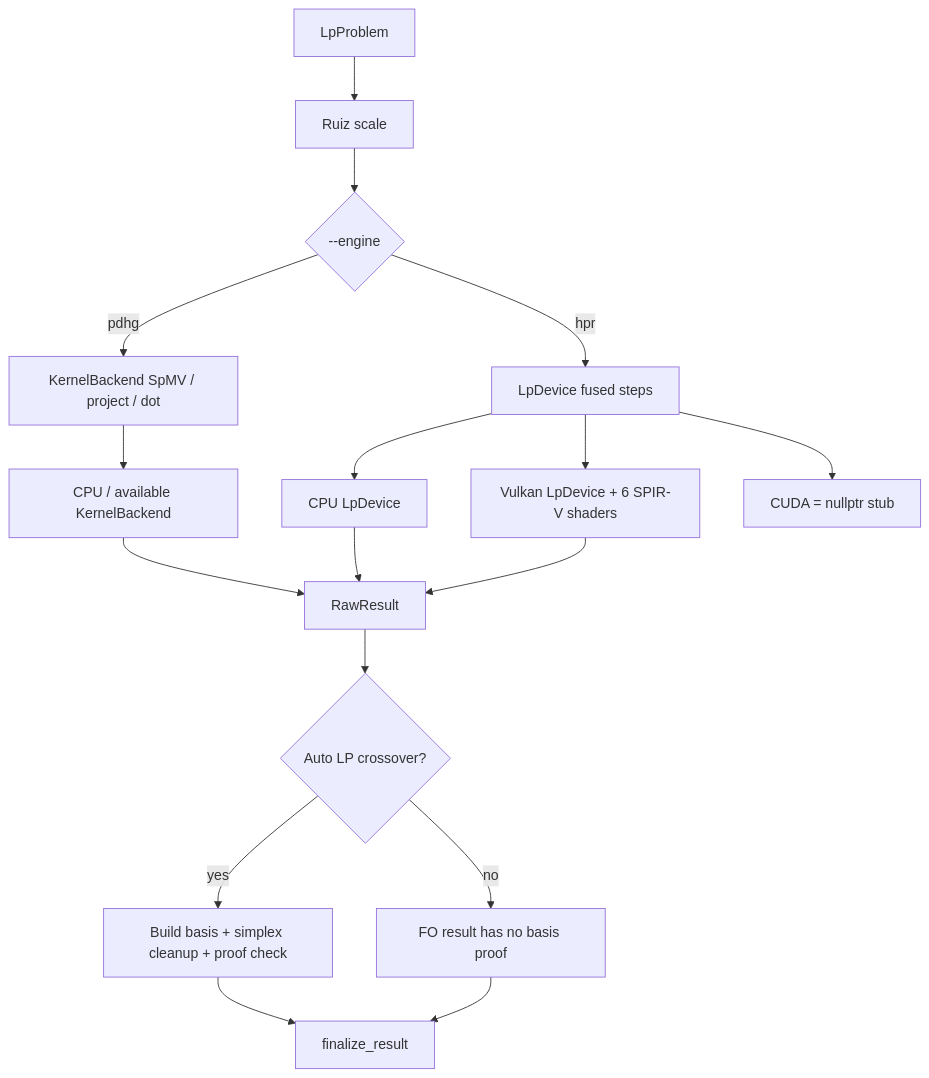
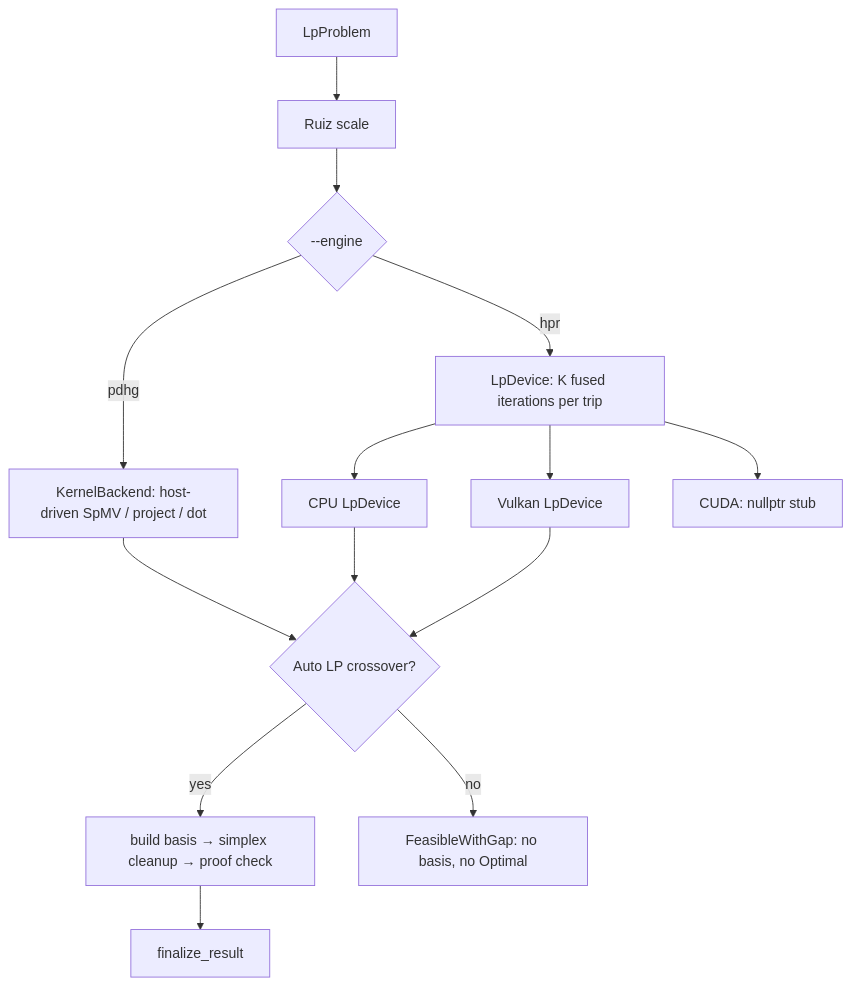
Before and after one commit to YashSuthar983/Forge: the third of 5 diagrams in docs/architecture.md, drawn with Mermaid. The commit also changed other lines of this file and 9 other files, not shown here.

Commit message:
chore: updated docs and architecture

````diff
--- a/docs/architecture.md
+++ b/docs/architecture.md
@@ -166,19 +146,13 @@
 ```mermaid
 flowchart TD
-  A[LpProblem] --> B[Ruiz scale]
-  B --> C{--engine}
-  C -->|pdhg| D[KernelBackend SpMV / project / dot]
-  C -->|hpr| E[LpDevice fused steps]
-  D --> F[CPU / available KernelBackend]
-  E --> G[CPU LpDevice]
-  E --> H[Vulkan LpDevice + 6 SPIR-V shaders]
-  E --> I[CUDA = nullptr stub]
-  F --> J[RawResult]
-  G --> J
-  H --> J
-  J --> K{Auto LP crossover?}
-  K -->|yes| M[Build basis + simplex cleanup + proof check]
-  K -->|no| L[FO result has no basis proof]
-  M --> N[finalize_result]
-  L --> N
+  A[LpProblem] --> B[Ruiz scale] --> C{--engine}
+  C -->|pdhg| D[KernelBackend: host-driven SpMV / project / dot]
+  C -->|hpr| E[LpDevice: K fused iterations per trip]
+  E --> F[CPU LpDevice]
+  E --> G[Vulkan LpDevice]
+  E --> H[CUDA: nullptr stub]
+  D & F & G --> I{Auto LP crossover?}
+  I -->|yes| J[build basis → simplex cleanup → proof check]
+  I -->|no| K[FeasibleWithGap: no basis, no Optimal]
+  J --> L[finalize_result]
 ```
````
